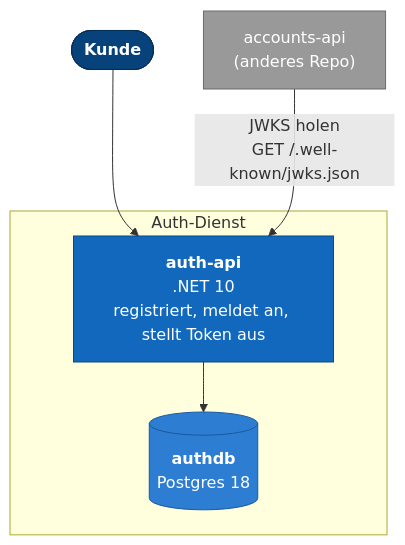
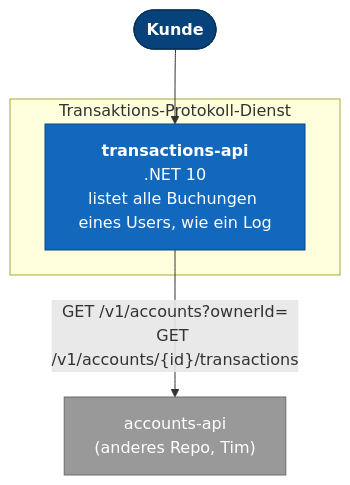
The diagram in ServiceTwo/docs/architecture.md (Leart165/321_leart), drawn with Mermaid before and after one commit. The commit also changed other lines of this file and 53 other files, not shown here.

Commit message:
Replace auth service with transactions log endpoint

````diff
--- a/ServiceTwo/docs/architecture.md
+++ b/ServiceTwo/docs/architecture.md
@@ -9,24 +10,20 @@
 ```mermaid
 flowchart TB
     kunde(["<b>Kunde</b>"])
 
-    subgraph auth["Auth-Dienst"]
-        api["<b>auth-api</b><br/>.NET 10<br/>registriert, meldet an, stellt Token aus"]
-        authdb[("<b>authdb</b><br/>Postgres 18")]
+    subgraph tx["Transaktions-Protokoll-Dienst"]
+        api["<b>transactions-api</b><br/>.NET 10<br/>listet alle Buchungen eines Users, wie ein Log"]
     end
 
-    accounts["accounts-api<br/>(anderes Repo)"]
+    accounts["accounts-api<br/>(anderes Repo, Tim)"]
 
     kunde --> api
-    api --> authdb
-    accounts -->|"JWKS holen<br/>GET /.well-known/jwks.json"| api
+    api -->|"GET /v1/accounts?ownerId=<br/>GET /v1/accounts/{id}/transactions"| accounts
 
     classDef person fill:#08427b,stroke:#052e56,color:#ffffff
     classDef service fill:#1168bd,stroke:#0b4884,color:#ffffff
-    classDef store fill:#2d7dd2,stroke:#1a5a9e,color:#ffffff
     classDef other fill:#999999,stroke:#6b6b6b,color:#ffffff
     class kunde person
     class api service
-    class authdb store
     class accounts other
 ```
````
